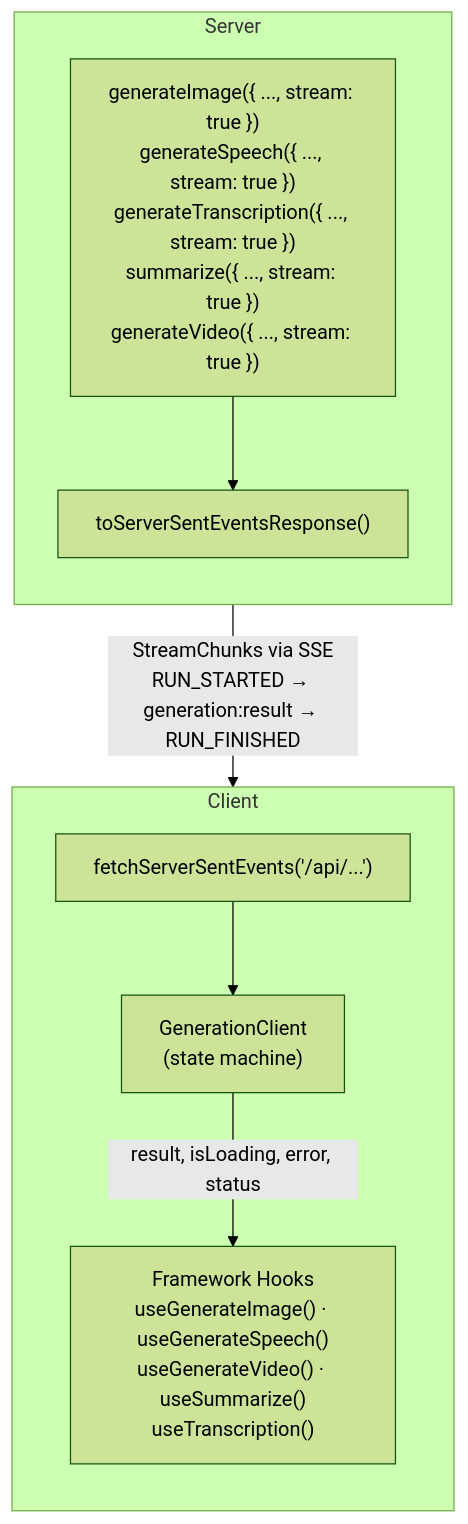
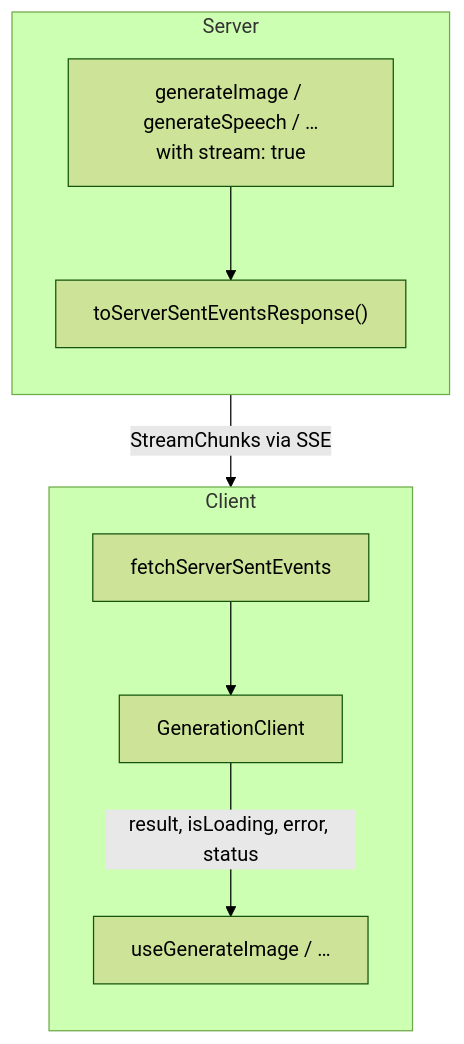
One commit to SystemSculpt/ai changed the diagram in docs/media/generations.md. Above: the diagram before and after it, drawn with Mermaid (forest theme). The commit also changed other lines of this file and 141 other files, not shown here.

````diff
--- a/docs/media/generations.md
+++ b/docs/media/generations.md
@@ -298,29 +260,21 @@
 ```mermaid
 flowchart TB
   subgraph Server ["Server"]
     direction TB
-    activities["generateImage({ ..., stream: true })
-generateSpeech({ ..., stream: true })
-generateTranscription({ ..., stream: true })
-summarize({ ..., stream: true })
-generateVideo({ ..., stream: true })"]
+    activities["generateImage / generateSpeech / …
+with stream: true"]
     transport["toServerSentEventsResponse()"]
     activities --> transport
   end
 
-  transport -- "StreamChunks via SSE
-RUN_STARTED → generation:result → RUN_FINISHED" --> adapter
+  transport -- "StreamChunks via SSE" --> adapter
 
   subgraph Client ["Client"]
     direction TB
-    adapter["fetchServerSentEvents('/api/...')"]
-    gc["GenerationClient
-(state machine)"]
-    hooks["Framework Hooks
-useGenerateImage() · useGenerateSpeech()
-useGenerateVideo() · useSummarize()
-useTranscription()"]
+    adapter["fetchServerSentEvents"]
+    gc["GenerationClient"]
+    hooks["useGenerateImage / …"]
     adapter --> gc
     gc -- "result, isLoading, error, status" --> hooks
   end
 ```
````
